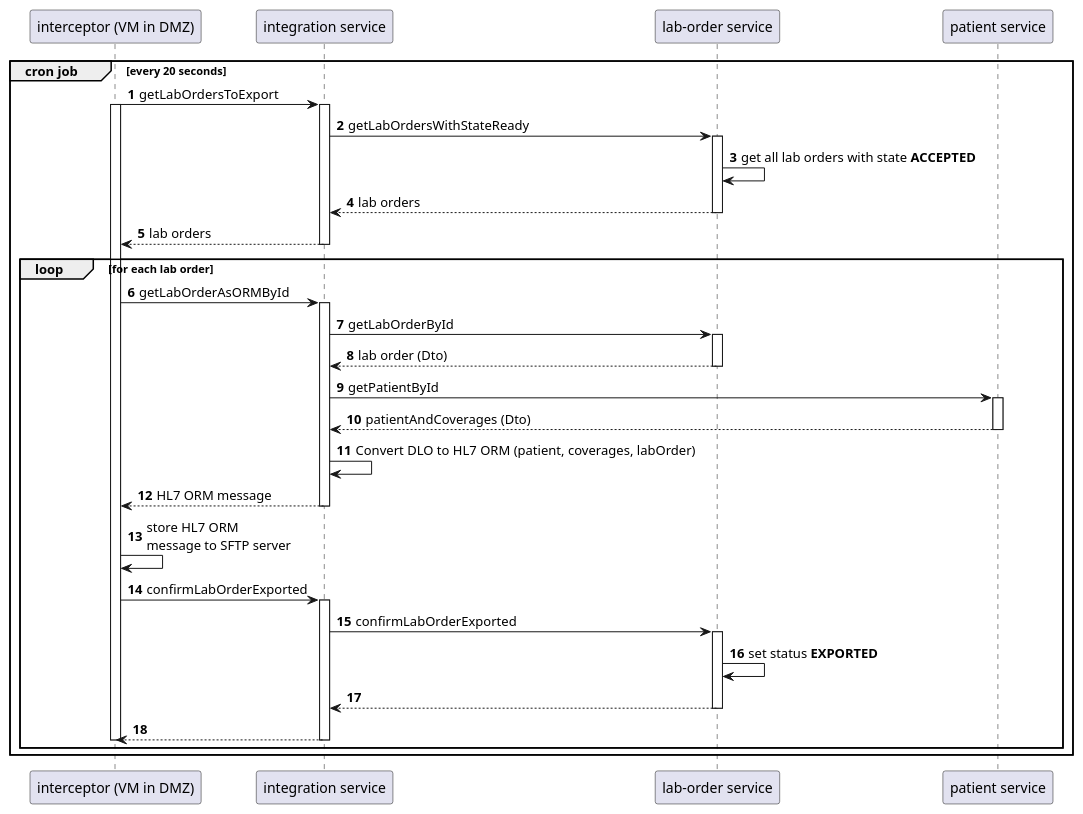
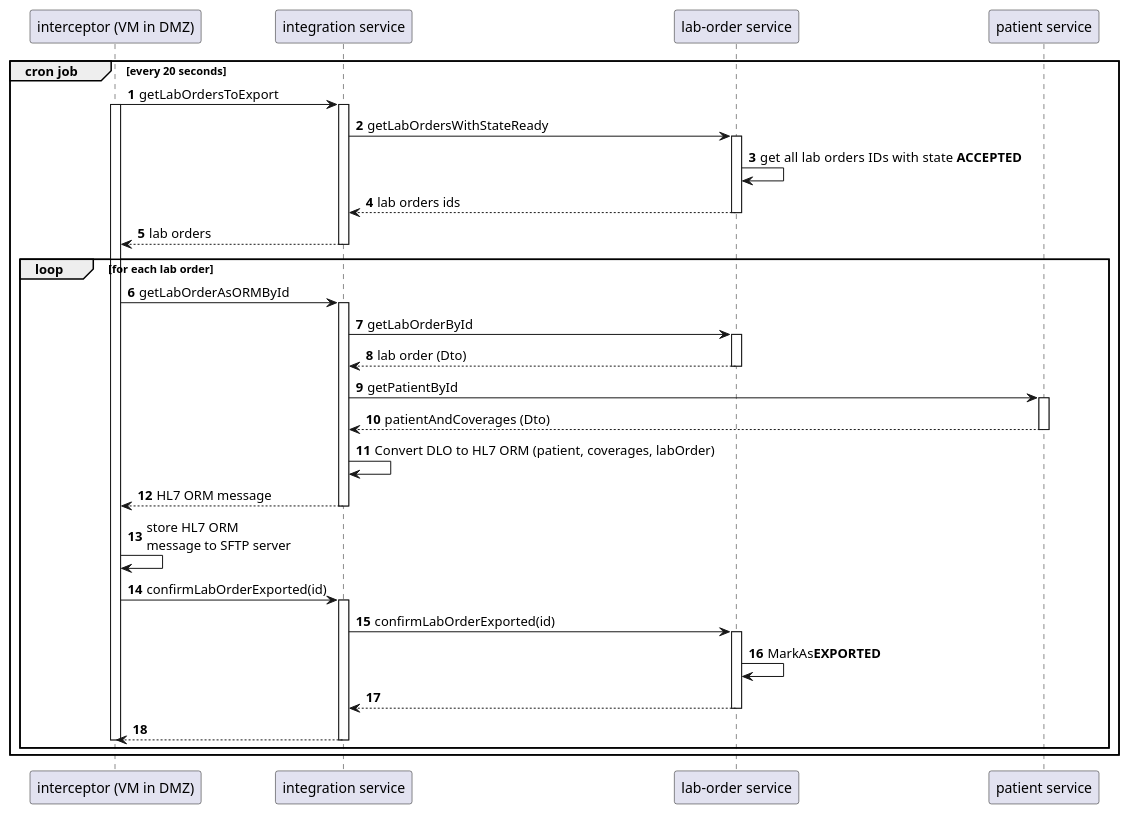
The diagram in export_service/src/plantuml/exportLIS_simple.puml (Qojgjg/playing-java-quarkus-mono), drawn with PlantUML before and after one commit. The commit also changed 116 other files, not shown here.

```diff
--- a/export_service/src/plantuml/exportLIS_simple.puml
+++ b/export_service/src/plantuml/exportLIS_simple.puml
@@ -1,55 +1,55 @@
 @startuml
 'https://plantuml.com/sequence-diagram
 
 autonumber
 
 participant "interceptor (VM in DMZ)" as icp
 participant "integration service" as int
 participant "lab-order service" as lab
 participant "patient service" as pat
 
 group cron job [every 20 seconds]
 icp -> int: getLabOrdersToExport
 activate icp
 activate int
 int -> lab: getLabOrdersWithStateReady
 activate lab
-lab -> lab: get all lab orders with state <b>ACCEPTED</b>
-lab --> int: lab orders
+lab -> lab: get all lab orders IDs  with state <b>ACCEPTED</b>
+lab --> int: lab orders ids
 deactivate lab
 int --> icp: lab orders
 deactivate int
 loop for each lab order
 icp -> int: getLabOrderAsORMById
 activate int
 int -> lab: getLabOrderById
 activate lab
 
 lab --> int: lab order (Dto)
 deactivate lab
 int -> pat: getPatientById
 activate pat
 pat --> int: patientAndCoverages (Dto)
 deactivate pat
 
 int -> int: Convert DLO to HL7 ORM (patient, coverages, labOrder)
 
 
 int --> icp: HL7 ORM message
 deactivate int
 icp -> icp: store HL7 ORM \nmessage to SFTP server
-icp -> int: confirmLabOrderExported
+icp -> int: confirmLabOrderExported(id)
 activate int
-int -> lab: confirmLabOrderExported
+int -> lab: confirmLabOrderExported(id)
 activate lab
-lab -> lab: set status <b>EXPORTED</b>
+lab -> lab: MarkAs<b>EXPORTED</b>
 lab --> int
 deactivate lab
 int --> icp
 deactivate int
 deactivate icp
 
 end
 end
 
 @enduml
```
